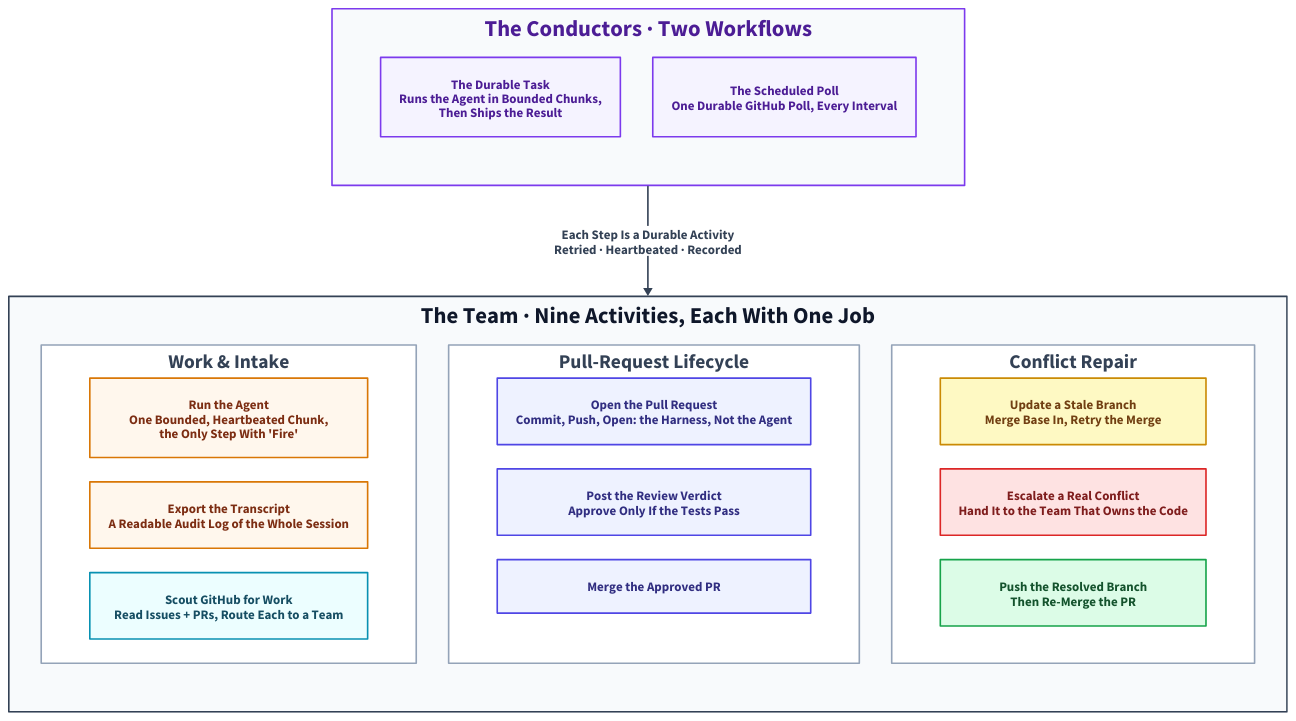
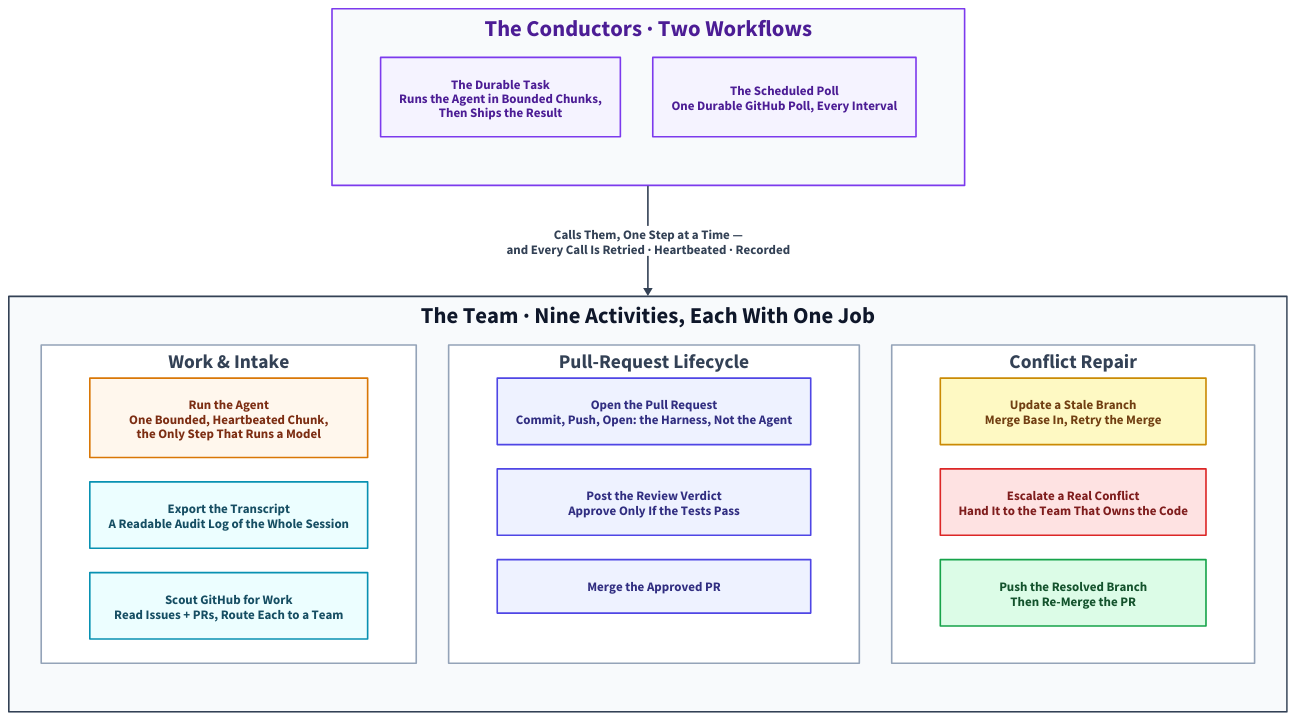
One commit to thumarrushik/crash-proof-team-of-coding-agents changed the diagram in assets/diagram-src/team-of-activities.d2. Above: the diagram before and after it, drawn with D2. The commit also changed 45 other files, not shown here.

```diff
--- a/assets/diagram-src/team-of-activities.d2
+++ b/assets/diagram-src/team-of-activities.d2
@@ -1,70 +1,70 @@
 # The team of activities: 2 workflows conduct 9 one-job specialists,
 # grouped into the three labeled sub-teams the article's caption names.
 direction: down
 vertical-gap: 55
 
 conductors: "The Conductors · Two Workflows" {
   grid-columns: 2
   style: {fill: "#f8fafc"; stroke: "#7c3aed"; font-color: "#4c1d95"; bold: true}
   task: "The Durable Task\nRuns the Agent in Bounded Chunks,\nThen Ships the Result" {
     style: {fill: "#f5f3ff"; stroke: "#7c3aed"; font-color: "#4c1d95"; bold: true}
   }
   poll: "The Scheduled Poll\nOne Durable GitHub Poll, Every Interval" {
     style: {fill: "#f5f3ff"; stroke: "#7c3aed"; font-color: "#4c1d95"; bold: true}
   }
 }
 
 team: "The Team · Nine Activities, Each With One Job" {
   grid-columns: 3
   horizontal-gap: 40
   style: {fill: "#f8fafc"; stroke: "#334155"; font-color: "#0f172a"; bold: true}
 
   work: "Work & Intake" {
     grid-columns: 1
     vertical-gap: 30
     style: {fill: "#ffffff"; stroke: "#94a3b8"; font-color: "#334155"; bold: true}
-    run: "Run the Agent\nOne Bounded, Heartbeated Chunk,\nthe Only Step With 'Fire'" {
+    run: "Run the Agent\nOne Bounded, Heartbeated Chunk,\nthe Only Step That Runs a Model" {
       style: {fill: "#fff7ed"; stroke: "#d97706"; font-color: "#7c2d12"; bold: true}
     }
     scribe: "Export the Transcript\nA Readable Audit Log of the Whole Session" {
-      style: {fill: "#fff7ed"; stroke: "#d97706"; font-color: "#7c2d12"}
+      style: {fill: "#ecfeff"; stroke: "#0891b2"; font-color: "#164e63"}
     }
     scout: "Scout GitHub for Work\nRead Issues + PRs, Route Each to a Team" {
       style: {fill: "#ecfeff"; stroke: "#0891b2"; font-color: "#164e63"; bold: true}
     }
   }
 
   pr: "Pull-Request Lifecycle" {
     grid-columns: 1
     vertical-gap: 30
     style: {fill: "#ffffff"; stroke: "#94a3b8"; font-color: "#334155"; bold: true}
     open: "Open the Pull Request\nCommit, Push, Open: the Harness, Not the Agent" {
       style: {fill: "#eef2ff"; stroke: "#4f46e5"; font-color: "#312e81"}
     }
     verdict: "Post the Review Verdict\nApprove Only If the Tests Pass" {
       style: {fill: "#eef2ff"; stroke: "#4f46e5"; font-color: "#312e81"}
     }
     merge: "Merge the Approved PR" {
       style: {fill: "#eef2ff"; stroke: "#4f46e5"; font-color: "#312e81"}
     }
   }
 
   repair: "Conflict Repair" {
     grid-columns: 1
     vertical-gap: 30
     style: {fill: "#ffffff"; stroke: "#94a3b8"; font-color: "#334155"; bold: true}
     update: "Update a Stale Branch\nMerge Base In, Retry the Merge" {
       style: {fill: "#fef9c3"; stroke: "#ca8a04"; font-color: "#713f12"}
     }
     escalate: "Escalate a Real Conflict\nHand It to the Team That Owns the Code" {
       style: {fill: "#fee2e2"; stroke: "#dc2626"; font-color: "#7f1d1d"; bold: true}
     }
     push: "Push the Resolved Branch\nThen Re-Merge the PR" {
       style: {fill: "#dcfce7"; stroke: "#16a34a"; font-color: "#14532d"}
     }
   }
 }
 
-conductors -> team: "Each Step Is a Durable Activity\nRetried · Heartbeated · Recorded" {
+conductors -> team: "Calls Them, One Step at a Time —\nand Every Call Is Retried · Heartbeated · Recorded" {
   style: {stroke: "#334155"; font-color: "#334155"; bold: true}
 }
```
